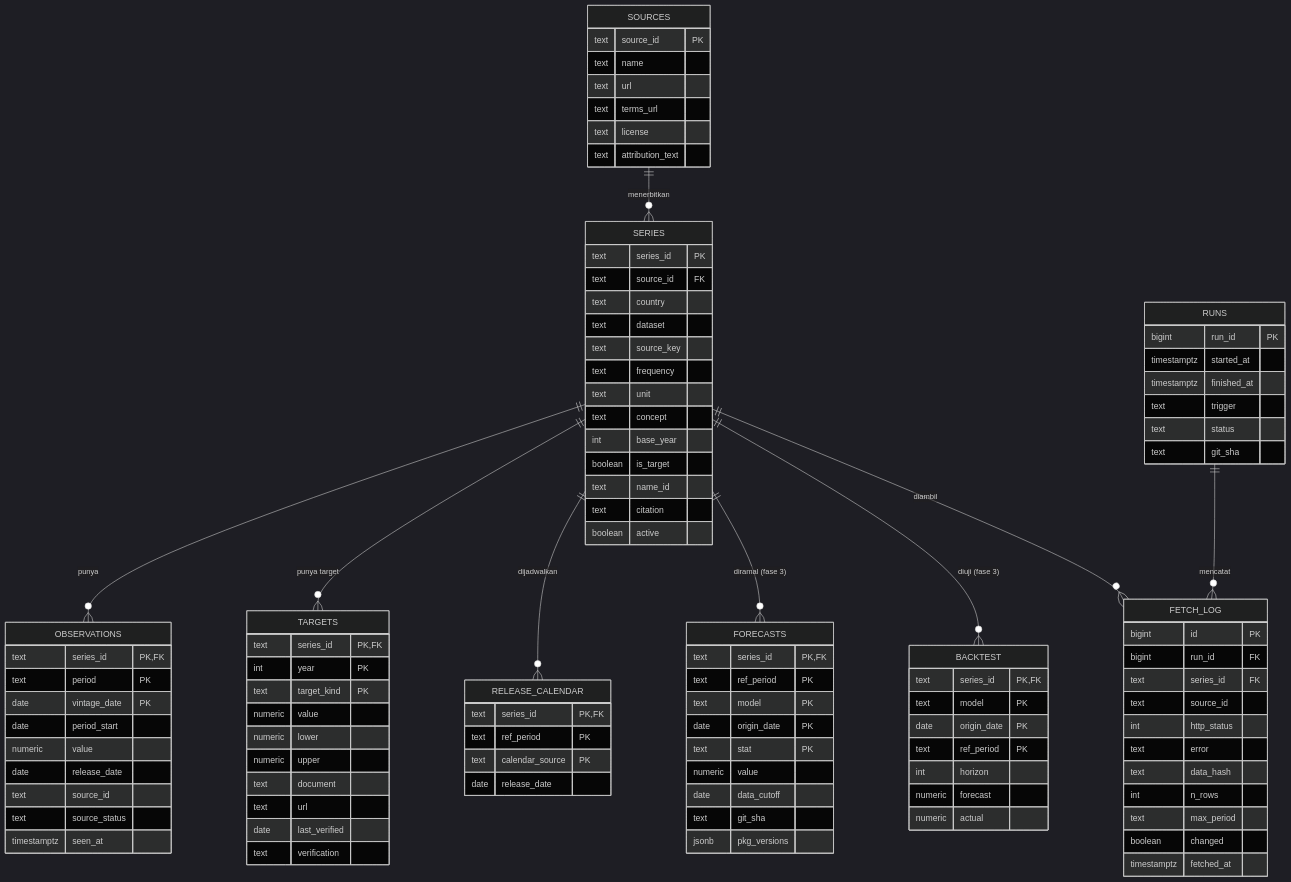
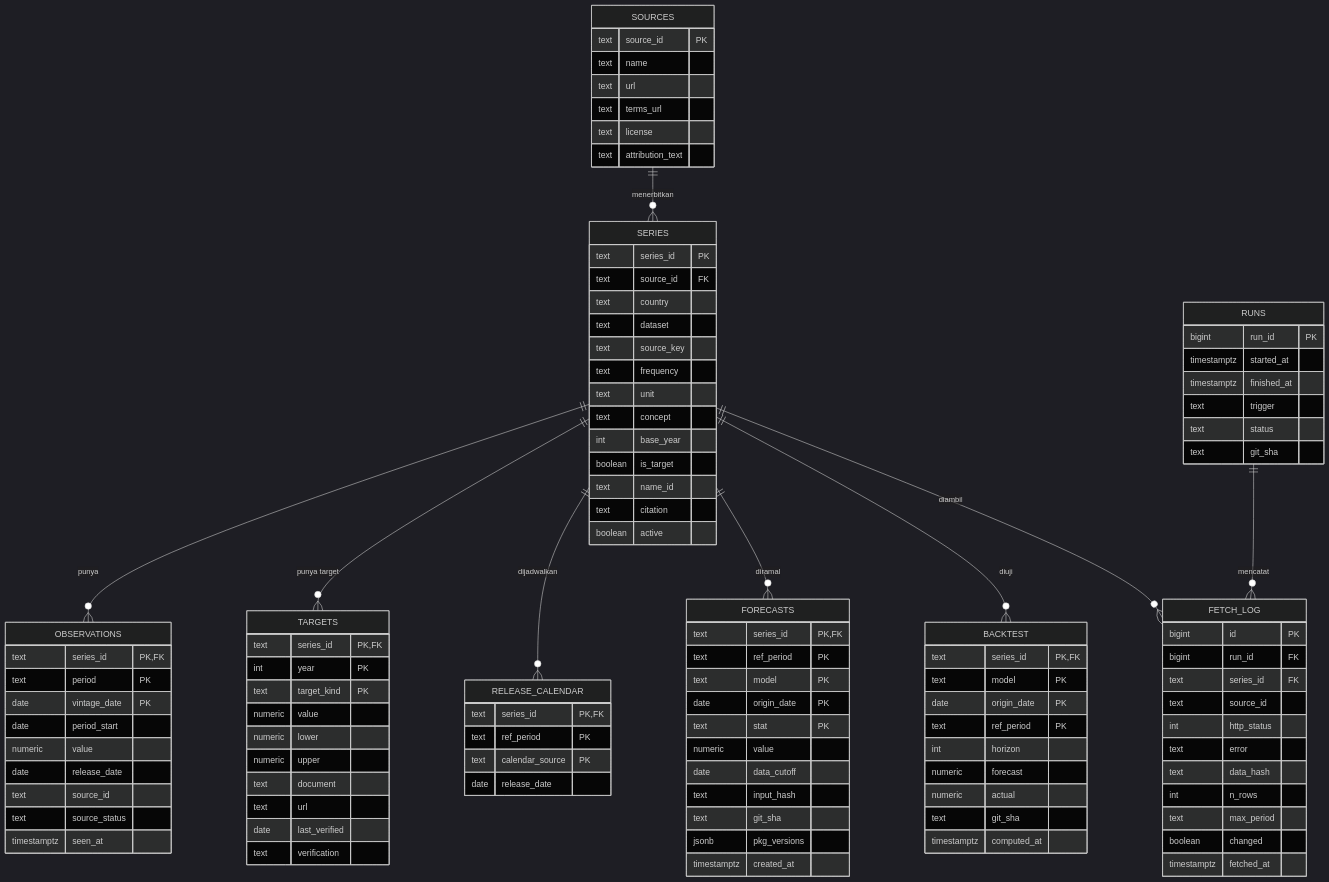
Before and after one commit to YonoBengkel/Con-Fore: the first of 2 diagrams in SCHEMA.md, drawn with Mermaid (dark theme). The commit also changed other lines of this file and 25 other files, not shown here.

First line of the commit message:
Fase 3: baseline, model tiga target, dan backtest

```diff
--- a/SCHEMA.md
+++ b/SCHEMA.md
@@ -23,8 +23,8 @@
   SERIES ||--o{ OBSERVATIONS : "punya"
   SERIES ||--o{ TARGETS : "punya target"
   SERIES ||--o{ RELEASE_CALENDAR : "dijadwalkan"
-  SERIES ||--o{ FORECASTS : "diramal (fase 3)"
-  SERIES ||--o{ BACKTEST : "diuji (fase 3)"
+  SERIES ||--o{ FORECASTS : "diramal"
+  SERIES ||--o{ BACKTEST : "diuji"
   RUNS ||--o{ FETCH_LOG : "mencatat"
   SERIES ||--o{ FETCH_LOG : "diambil"
   SOURCES {
@@ -87,8 +87,10 @@
     text stat PK
     numeric value
     date data_cutoff
+    text input_hash
     text git_sha
     jsonb pkg_versions
+    timestamptz created_at
   }
   BACKTEST {
     text series_id PK, FK
@@ -98,6 +100,8 @@
     int horizon
     numeric forecast
     numeric actual
+    text git_sha
+    timestamptz computed_at
   }
   RUNS {
     bigint run_id PK
```
